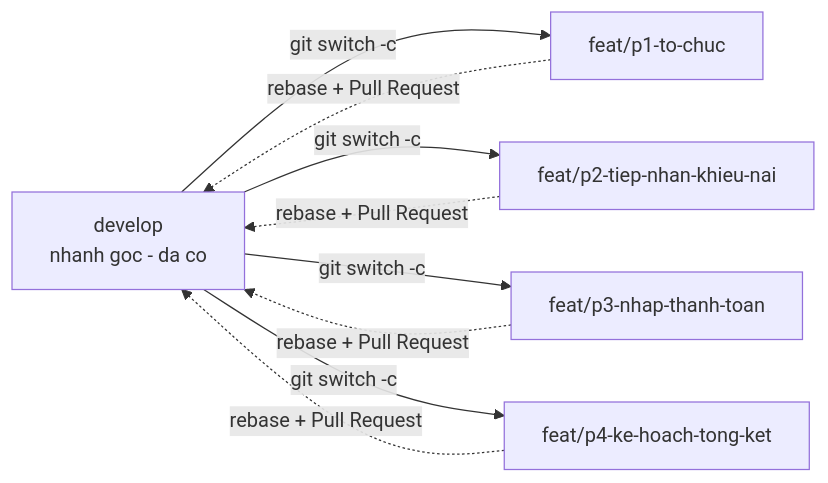
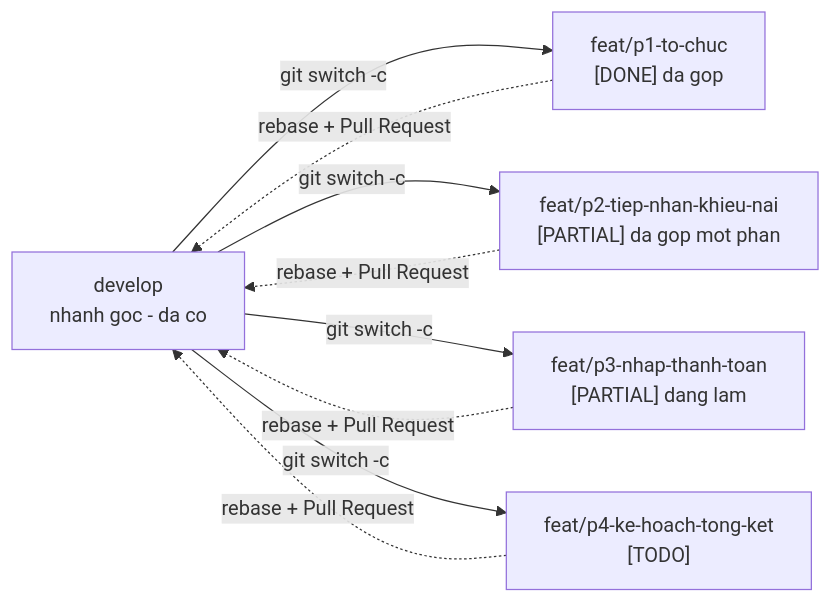
The tenth of 10 diagrams in assets/tasks/DGRAPH.md (MaiTheHao/iuh-fall2026-ptud), drawn with Mermaid before and after one commit. The commit also changed other lines of this file and 5 other files, not shown here.

````diff
--- a/assets/tasks/DGRAPH.md
+++ b/assets/tasks/DGRAPH.md
@@ -345,17 +301,17 @@
 ```mermaid
 flowchart LR
     dev["develop<br/>nhanh goc - da co"]
-    b1["feat/p1-to-chuc"]
-    b2["feat/p2-tiep-nhan-khieu-nai"]
-    b3["feat/p3-nhap-thanh-toan"]
-    b4["feat/p4-ke-hoach-tong-ket"]
+    b1["feat/p1-to-chuc<br/>[DONE] da gop"]
+    b2["feat/p2-tiep-nhan-khieu-nai<br/>[PARTIAL] da gop mot phan"]
+    b3["feat/p3-nhap-thanh-toan<br/>[PARTIAL] dang lam"]
+    b4["feat/p4-ke-hoach-tong-ket<br/>[TODO]"]
 
     dev -->|"git switch -c"| b1
     dev -->|"git switch -c"| b2
     dev -->|"git switch -c"| b3
     dev -->|"git switch -c"| b4
     b1 -.->|"rebase + Pull Request"| dev
     b2 -.->|"rebase + Pull Request"| dev
     b3 -.->|"rebase + Pull Request"| dev
     b4 -.->|"rebase + Pull Request"| dev
 ```
````
